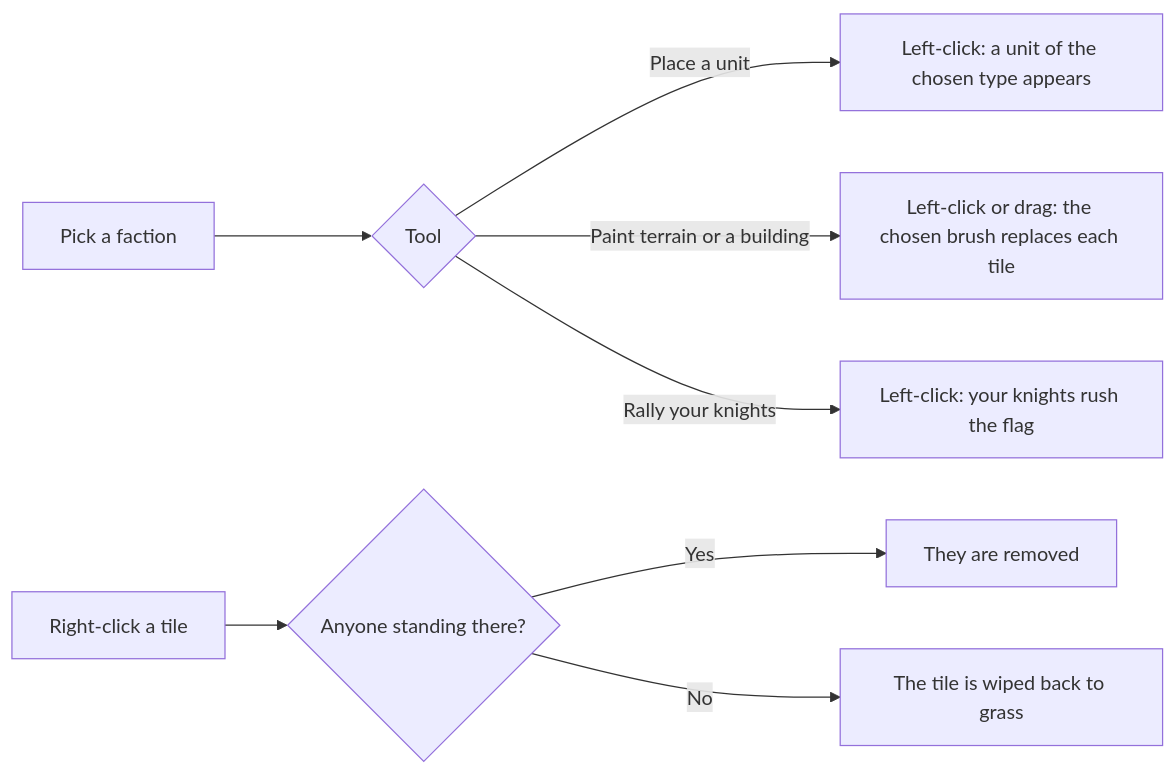
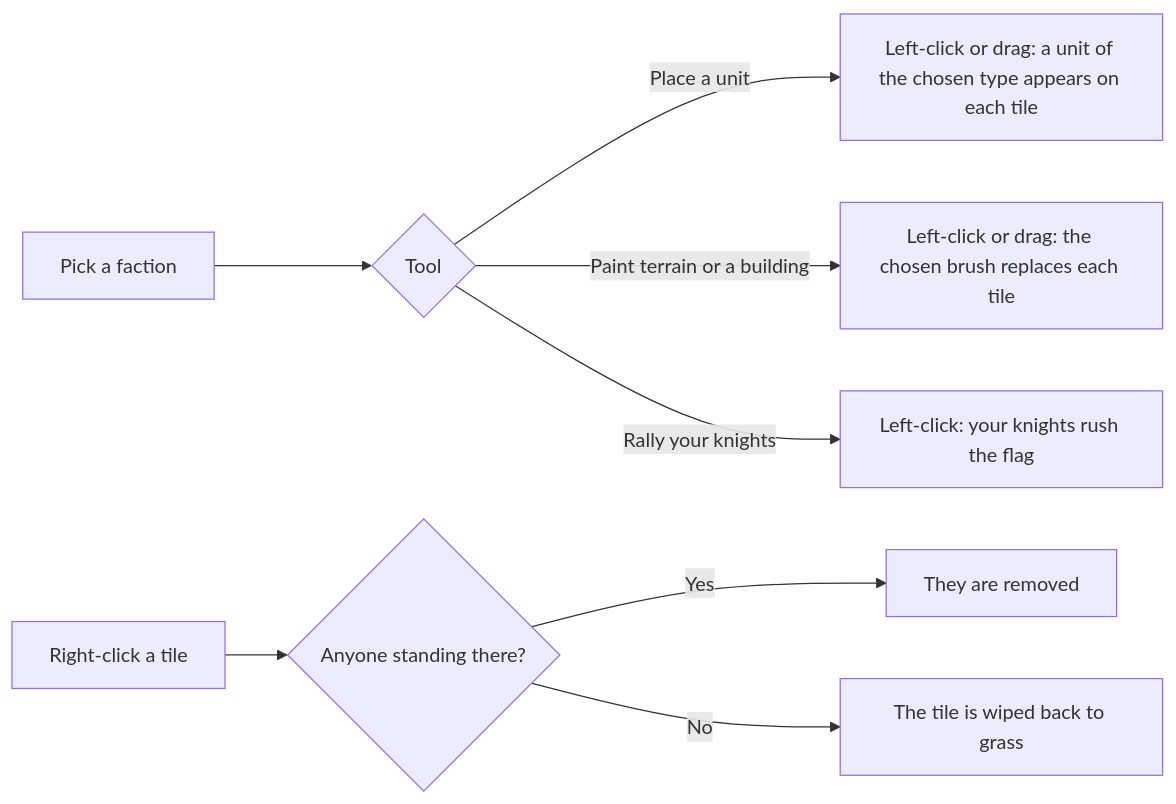
Before and after one commit to playforge-coding/kingdom: the diagram in docs/testing.md, drawn with Mermaid. The commit also changed other lines of this file and 3 other files, not shown here.

````diff
--- a/docs/testing.md
+++ b/docs/testing.md
@@ -40,10 +40,10 @@
 ```mermaid
 flowchart LR
     faction["Pick a faction"] --> tool{"Tool"}
-    tool -- "Place a unit" --> unit["Left-click: a unit of the chosen type appears"]
+    tool -- "Place a unit" --> unit["Left-click or drag: a unit of the chosen type appears on each tile"]
     tool -- "Paint terrain or a building" --> paint["Left-click or drag: the chosen brush replaces each tile"]
     tool -- "Rally your knights" --> rally["Left-click: your knights rush the flag"]
     right["Right-click a tile"] --> who{"Anyone standing there?"}
     who -- "Yes" --> gone["They are removed"]
     who -- "No" --> grass["The tile is wiped back to grass"]
 ```
````
